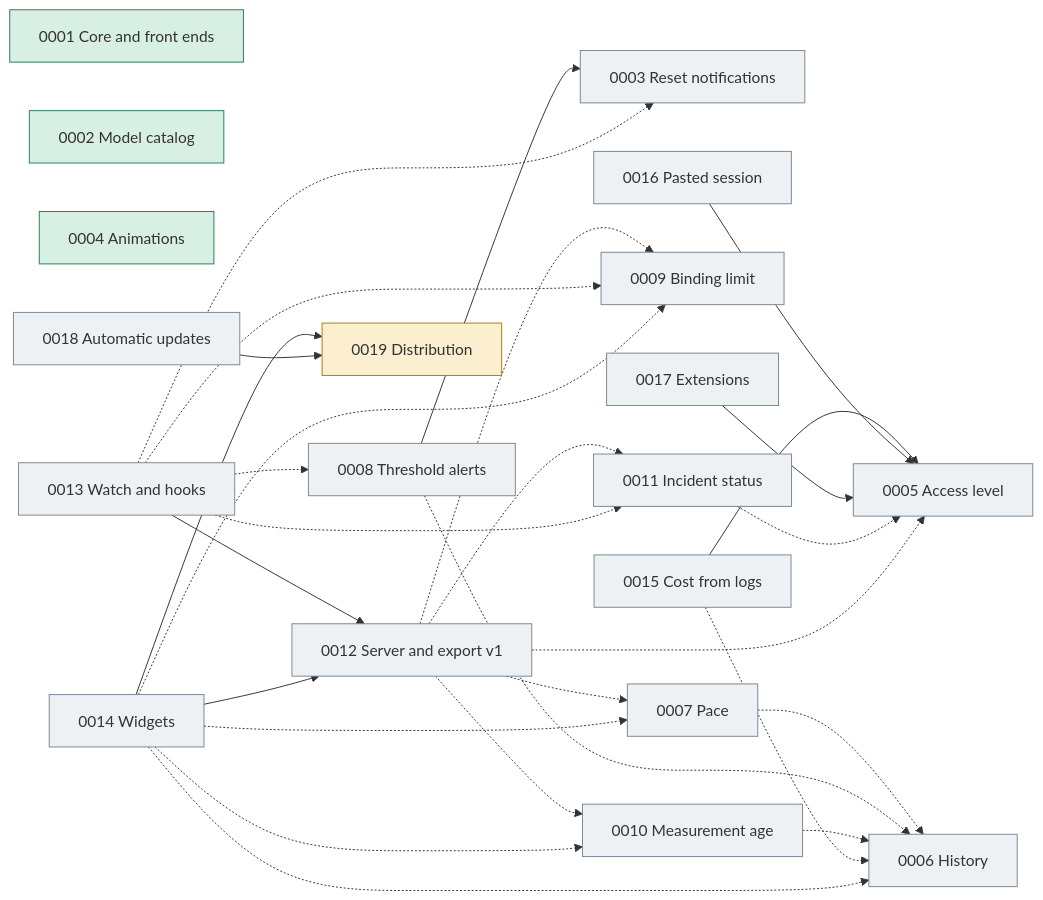
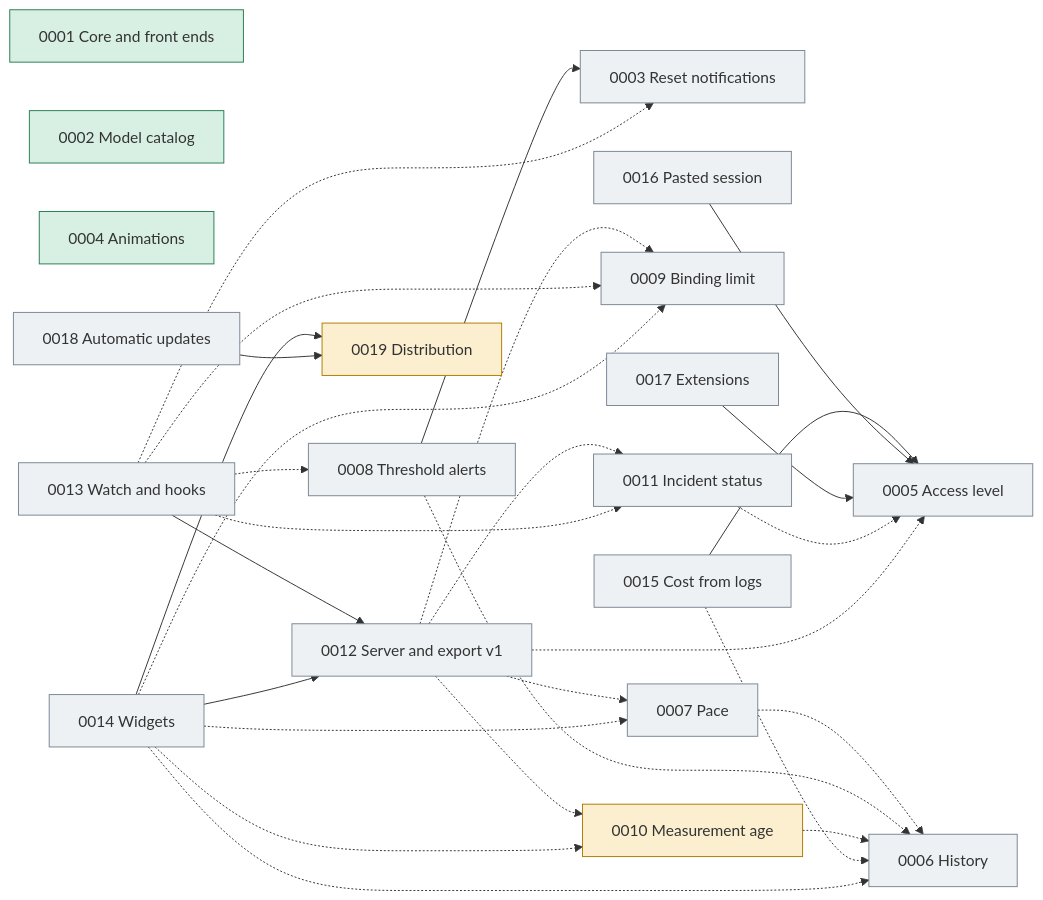
One commit to jmarcon/cuotai changed the diagram in docs/plans/0000_control.md. Above: the diagram before and after it, drawn with Mermaid. The commit also changed other lines of this file and 10 other files, not shown here.

First line of the commit message:
feat(core): add measurement age and freshness assessment

````diff
--- a/docs/plans/0000_control.md
+++ b/docs/plans/0000_control.md
@@ -71,54 +72,54 @@
 ```mermaid
 graph LR
   classDef done fill:#d8f0e4,stroke:#2a7d55
   classDef wip fill:#fbefcf,stroke:#b07d00
   classDef todo fill:#eef1f4,stroke:#7a8794
 
   P1["0001 Core and front ends"]:::done
   P2["0002 Model catalog"]:::done
   P3["0003 Reset notifications"]:::todo
   P4["0004 Animations"]:::done
   P5["0005 Access level"]:::todo
   P6["0006 History"]:::todo
   P7["0007 Pace"]:::todo
   P8["0008 Threshold alerts"]:::todo
   P9["0009 Binding limit"]:::todo
-  P10["0010 Measurement age"]:::todo
+  P10["0010 Measurement age"]:::wip
   P11["0011 Incident status"]:::todo
   P12["0012 Server and export v1"]:::todo
   P13["0013 Watch and hooks"]:::todo
   P14["0014 Widgets"]:::todo
   P15["0015 Cost from logs"]:::todo
   P16["0016 Pasted session"]:::todo
   P17["0017 Extensions"]:::todo
   P18["0018 Automatic updates"]:::todo
   P19["0019 Distribution"]:::wip
 
   P8 --> P3
   P13 --> P12
   P14 --> P12
   P14 --> P19
   P15 --> P5
   P16 --> P5
   P17 --> P5
   P18 --> P19
 
   P7 -.-> P6
   P8 -.-> P6
   P10 -.-> P6
   P11 -.-> P5
   P15 -.-> P6
   P12 -.-> P5
   P12 -.-> P7
   P12 -.-> P9
   P12 -.-> P10
   P12 -.-> P11
   P13 -.-> P3
   P13 -.-> P8
   P13 -.-> P9
   P13 -.-> P11
   P14 -.-> P6
   P14 -.-> P7
   P14 -.-> P9
   P14 -.-> P10
 ```
````
